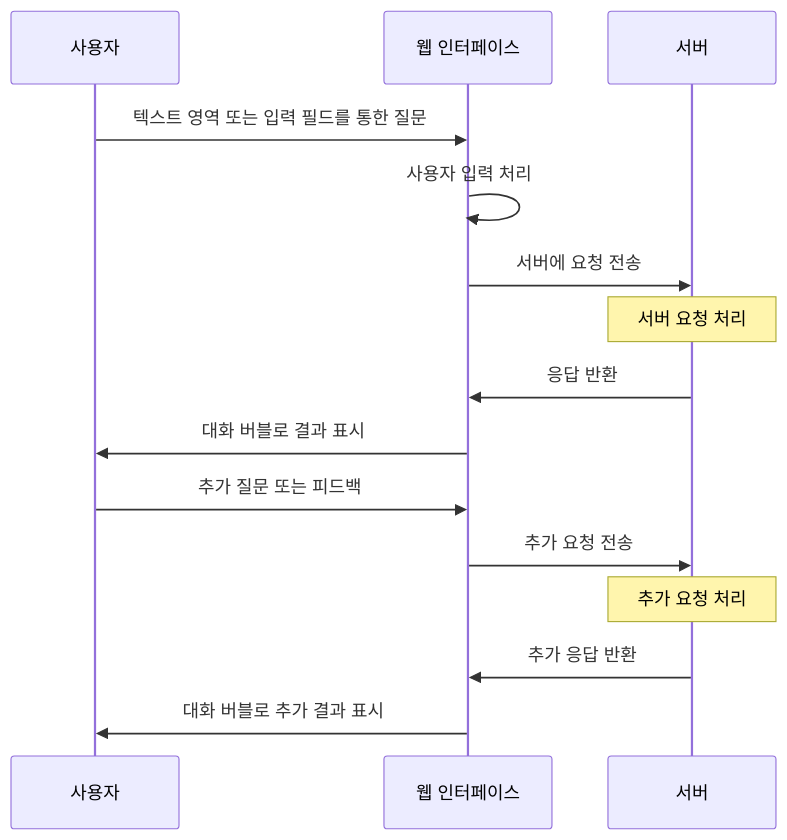
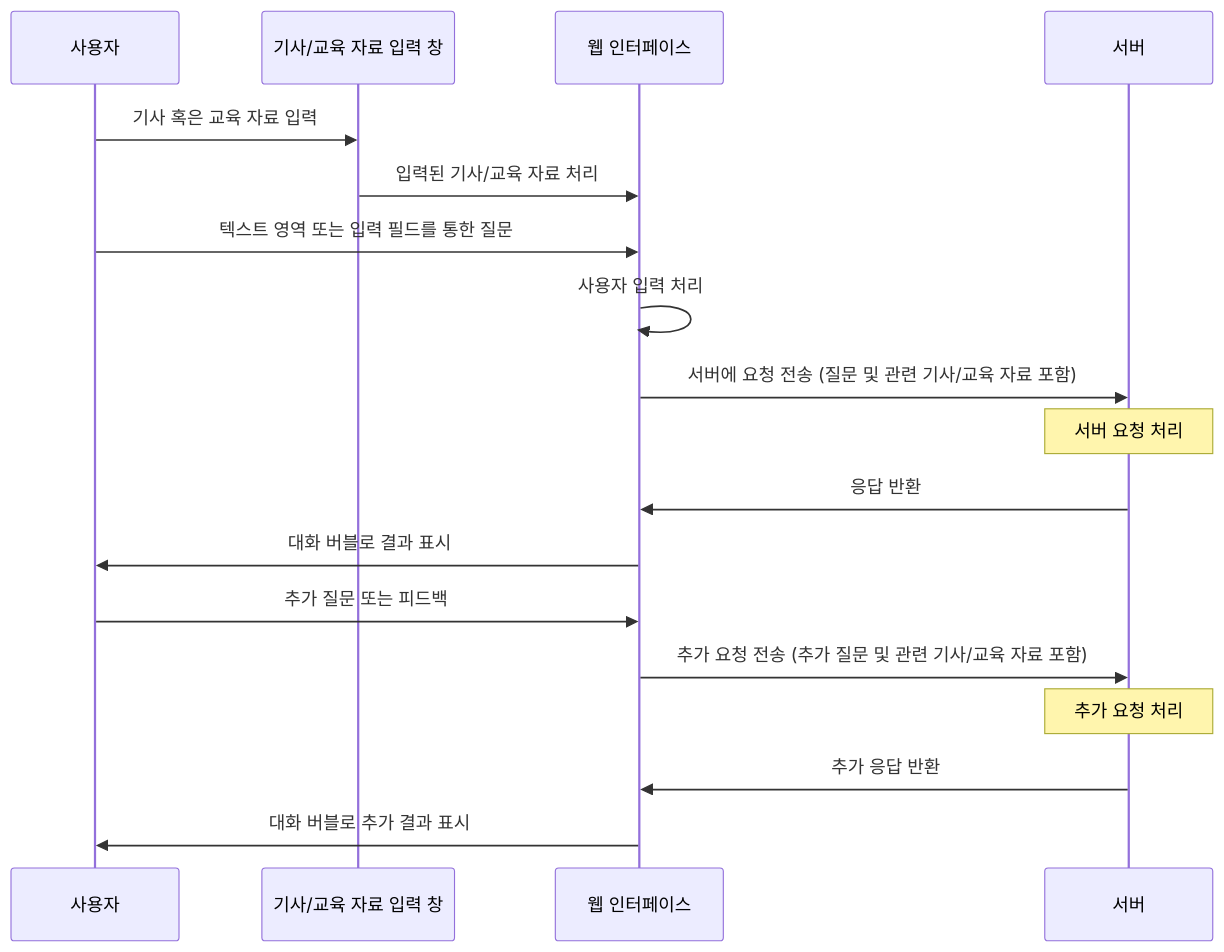
One commit to daisybum/orm-project1 changed the first of 2 diagrams in README.md. Above: the diagram before and after it, drawn with Mermaid. The commit also changed other lines of this file, not shown here.

````diff
--- a/README.md
+++ b/README.md
@@ -34,18 +34,21 @@
 ```mermaid
 sequenceDiagram
     participant U as 사용자
+    participant AI as 기사/교육 자료 입력 창
     participant W as 웹 인터페이스
     participant S as 서버
 
+    U->>AI: 기사 혹은 교육 자료 입력
+    AI->>W: 입력된 기사/교육 자료 처리
     U->>W: 텍스트 영역 또는 입력 필드를 통한 질문
     W->>W: 사용자 입력 처리
-    W->>S: 서버에 요청 전송
+    W->>S: 서버에 요청 전송 (질문 및 관련 기사/교육 자료 포함)
     Note over S: 서버 요청 처리
     S->>W: 응답 반환
     W->>U: 대화 버블로 결과 표시
     U->>W: 추가 질문 또는 피드백
-    W->>S: 추가 요청 전송
+    W->>S: 추가 요청 전송 (추가 질문 및 관련 기사/교육 자료 포함)
     Note over S: 추가 요청 처리
     S->>W: 추가 응답 반환
     W->>U: 대화 버블로 추가 결과 표시
 ```
````
